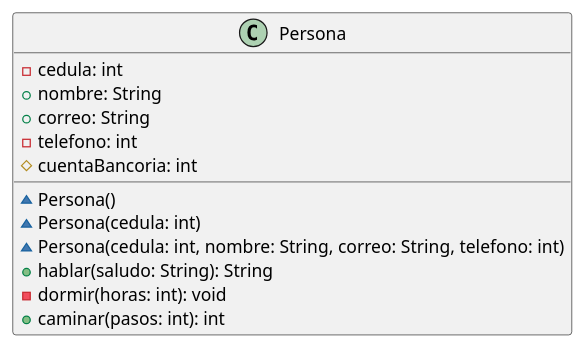
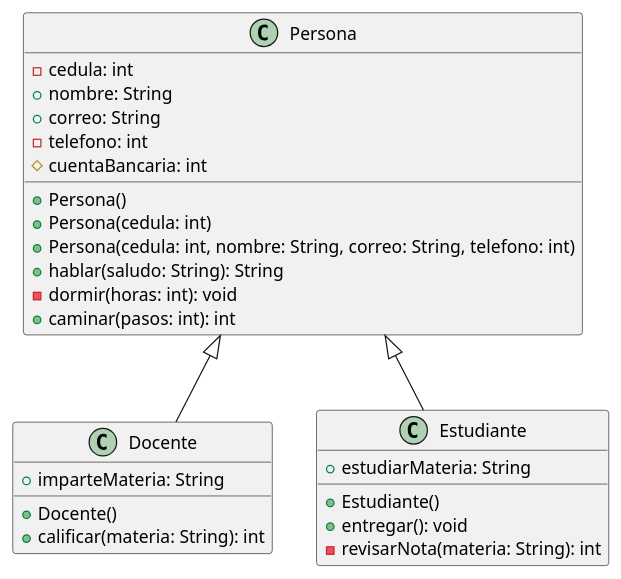
The first of 3 diagrams in demo/README.md (JeanRojas17/demo412), drawn with PlantUML before and after one commit. The commit also changed other lines of this file and 3 other files, not shown here.

Commit message:
Creando clases Docente y Estudiante, y actualización del README

````diff
--- a/demo/README.md
+++ b/demo/README.md
@@ -62,18 +62,36 @@
 ```plantuml
-@startuml Persona
+@startuml Persona_Herencia
 class Persona {
     - cedula: int
     + nombre: String
     + correo: String
     - telefono: int
-    # cuentaBancoria: int
+    # cuentaBancaria: int
     
-    ~ Persona()
-    ~ Persona(cedula: int)
-    ~ Persona(cedula: int, nombre: String, correo: String, telefono: int)
+    + Persona()
+    + Persona(cedula: int)
+    + Persona(cedula: int, nombre: String, correo: String, telefono: int)
     + hablar(saludo: String): String
     - dormir(horas: int): void
     + caminar(pasos: int): int
 }
+
+class Docente {
+    + imparteMateria: String
+    
+    + Docente()
+    + calificar(materia: String): int
+}
+
+class Estudiante {
+    + estudiarMateria: String
+    
+    + Estudiante()
+    + entregar(): void
+    - revisarNota(materia: String): int
+}
+
+Persona <|-- Docente
+Persona <|-- Estudiante
 @enduml
 ```
````
